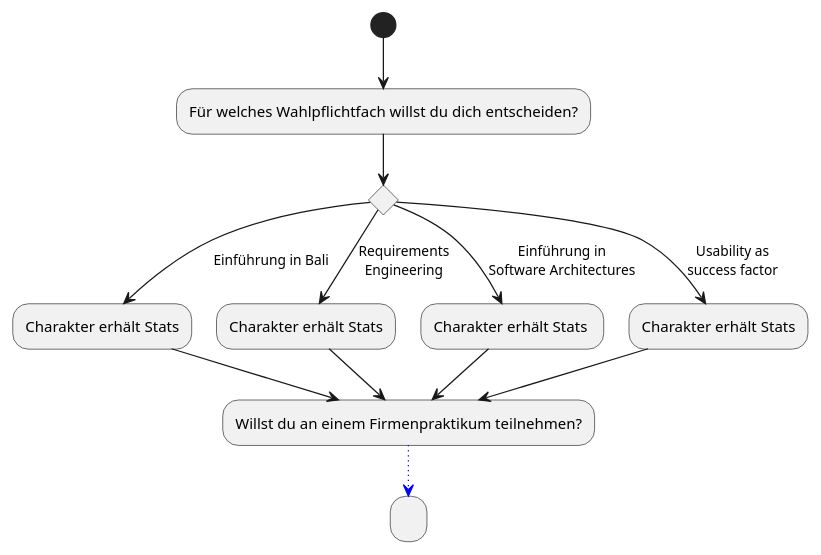
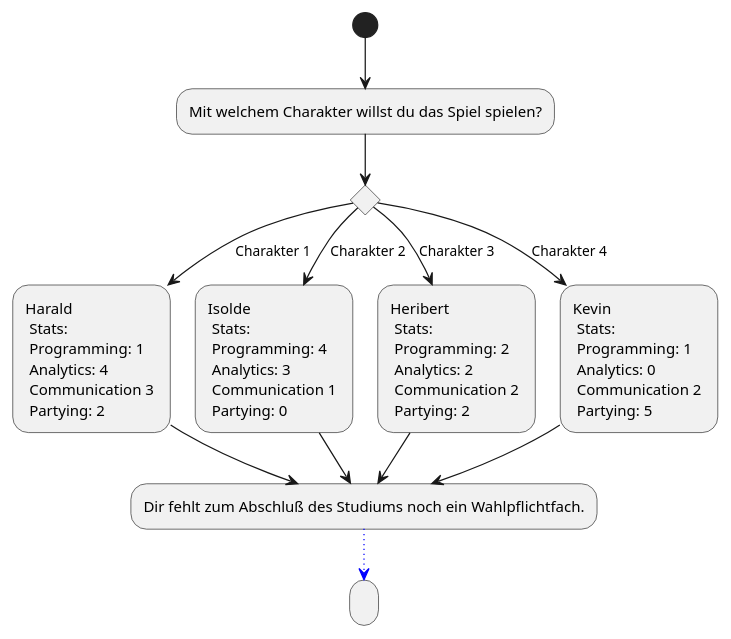
One commit to Brotenko/QualityQuest changed the diagram in Docs/Technical Specifications/docs/diagrams/StoryFlow/StoryFlow_Decision_1.puml. Above: the diagram before and after it, drawn with PlantUML. The commit also changed 6 other files, not shown here.

Commit message:
Detailed diagrams for StoryFlowDecisions.

```diff
--- a/Docs/Technical Specifications/docs/diagrams/StoryFlow/StoryFlow_Decision_1.puml
+++ b/Docs/Technical Specifications/docs/diagrams/StoryFlow/StoryFlow_Decision_1.puml
@@ -1,27 +1,19 @@
 @startuml
-(*) --> "Für welches Wahlpflichtfach willst du dich entscheiden?"
+(*) --> "Mit welchem Charakter willst du das Spiel spielen?"
 if "" then
---> [Einführung in Bali] "Charakter erhält Stats" as bali
+--> [Charakter 1] "Harald \n Stats:\n Programming: 1 \n Analytics: 4\n Communication 3 \n Partying: 2" as char1
 else
---> [Requirements\nEngineering] "Charakter erhält Stats" as re
+--> [Charakter 2] "Isolde \n Stats:\n Programming: 4 \n Analytics: 3\n Communication 1 \n Partying: 0" as char2
 else
---> [Einführung in\nSoftware Architectures] "Charakter erhält Stats " as esa
+--> [Charakter 3] "Heribert \n Stats:\n Programming: 2 \n Analytics: 2\n Communication 2 \n Partying: 2" as char3
 else
---> [Usability as\nsuccess factor] "Charakter erhält Stats" as usf
+--> [Charakter 4] "Kevin \n Stats:\n Programming: 1 \n Analytics: 0\n Communication 2 \n Partying: 5" as char4
 
 
-usf --> Willst du an einem Firmenpraktikum teilnehmen?
-re --> Willst du an einem Firmenpraktikum teilnehmen?
-bali --> Willst du an einem Firmenpraktikum teilnehmen?
-esa --> Willst du an einem Firmenpraktikum teilnehmen?
+--> "Dir fehlt zum Abschluß des Studiums noch ein Wahlpflichtfach." as a
+char1 --> a
+char2 --> a
+char3 --> a
 
--[#blue,dotted]-> "   "
-
-/'
-Wir stehen 1 Jahr vor Ende des Studiums
-Du musst Dich für ein Wahlpflichtfach entscheiden.
-
-
-'/
-
+a-[#blue,dotted]-> " "
 @enduml
```
